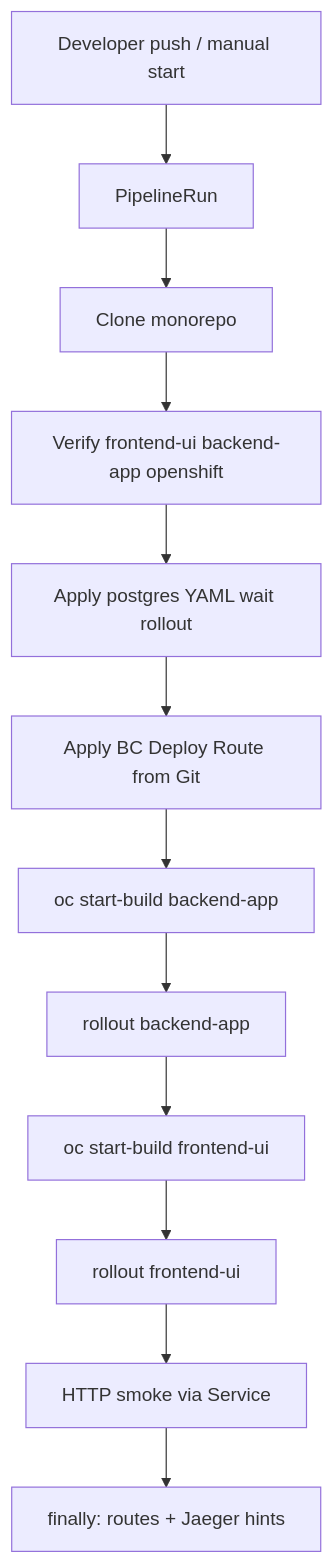
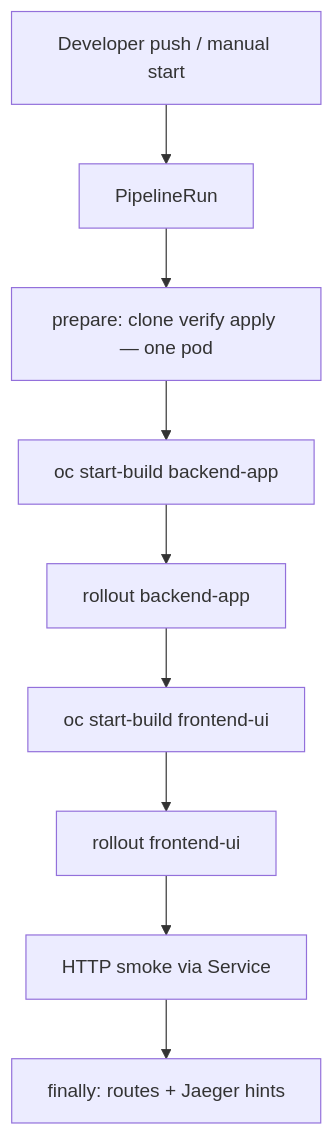
The second of 2 diagrams in OCP-4.18-Observability-Demo-Deployment.md (sawoohoorun/ocp-observ-monolithic), drawn with Mermaid before and after one commit. The commit also changed other lines of this file and 5 other files, not shown here.

First line of the commit message:
fix(tekton): single Task for clone+verify+apply (PSA workspace UIDs)

````diff
--- a/OCP-4.18-Observability-Demo-Deployment.md
+++ b/OCP-4.18-Observability-Demo-Deployment.md
@@ -694,14 +692,11 @@
 ```mermaid
 flowchart TD
   Dev[Developer push / manual start] --> PR[PipelineRun]
-  PR --> Clone[Clone monorepo]
-  Clone --> Verify[Verify frontend-ui backend-app openshift]
-  Verify --> ApplyPG[Apply postgres YAML wait rollout]
-  ApplyPG --> ApplyApp[Apply BC Deploy Route from Git]
-  ApplyApp --> BB[oc start-build backend-app]
+  PR --> Prep[prepare: clone verify apply — one pod]
+  Prep --> BB[oc start-build backend-app]
   BB --> WB[rollout backend-app]
   WB --> BF[oc start-build frontend-ui]
   BF --> WF[rollout frontend-ui]
   WF --> Smoke[HTTP smoke via Service]
   Smoke --> Sum[finally: routes + Jaeger hints]
 ```
````
